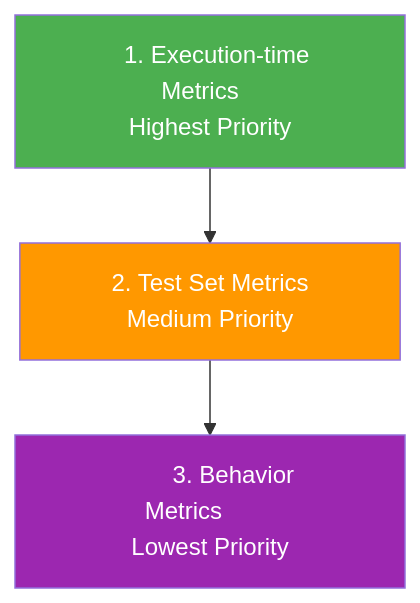
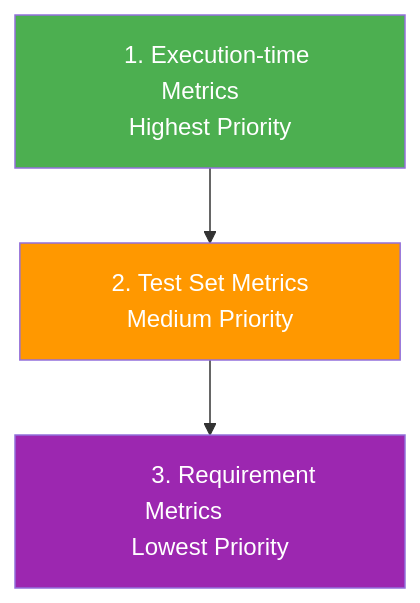
Before and after one commit to rhesis-ai/rhesis: the diagram in docs/content/docs/test-runs/execution.mdx, drawn with Mermaid. The commit also changed other lines of this file and 41 other files, not shown here.

First line of the commit message:
docs: rename remaining Behavior mentions to Requirement

````diff
--- a/docs/content/docs/test-runs/execution.mdx
+++ b/docs/content/docs/test-runs/execution.mdx
@@ -155,14 +155,14 @@
 ```mermaid
 %%{init: {'flowchart': {'nodeSpacing': 30, 'rankSpacing': 50}}}%%
 graph TB
     P1["&nbsp;&nbsp;&nbsp;1. Execution-time Metrics&nbsp;&nbsp;&nbsp;<br/>Highest Priority"]
     P2["&nbsp;&nbsp;&nbsp;&nbsp;&nbsp;&nbsp;&nbsp;2. Test Set Metrics&nbsp;&nbsp;&nbsp;&nbsp;&nbsp;&nbsp;&nbsp;<br/>Medium Priority"]
-    P3["&nbsp;&nbsp;&nbsp;&nbsp;&nbsp;&nbsp;&nbsp;&nbsp;3. Behavior Metrics&nbsp;&nbsp;&nbsp;&nbsp;&nbsp;&nbsp;&nbsp;&nbsp;<br/>Lowest Priority"]
+    P3["&nbsp;&nbsp;&nbsp;&nbsp;&nbsp;&nbsp;&nbsp;&nbsp;3. Requirement Metrics&nbsp;&nbsp;&nbsp;&nbsp;&nbsp;&nbsp;&nbsp;&nbsp;<br/>Lowest Priority"]
 
     P1 --> P2
     P2 --> P3
 
     style P1 fill:#4caf50,color:#fff
     style P2 fill:#ff9800,color:#fff
     style P3 fill:#9c27b0,color:#fff
 ```
````
